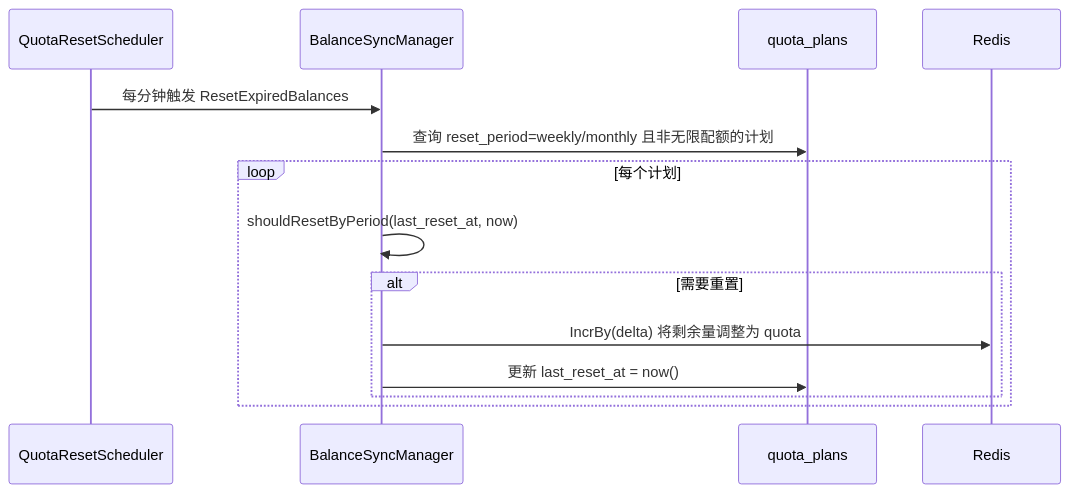
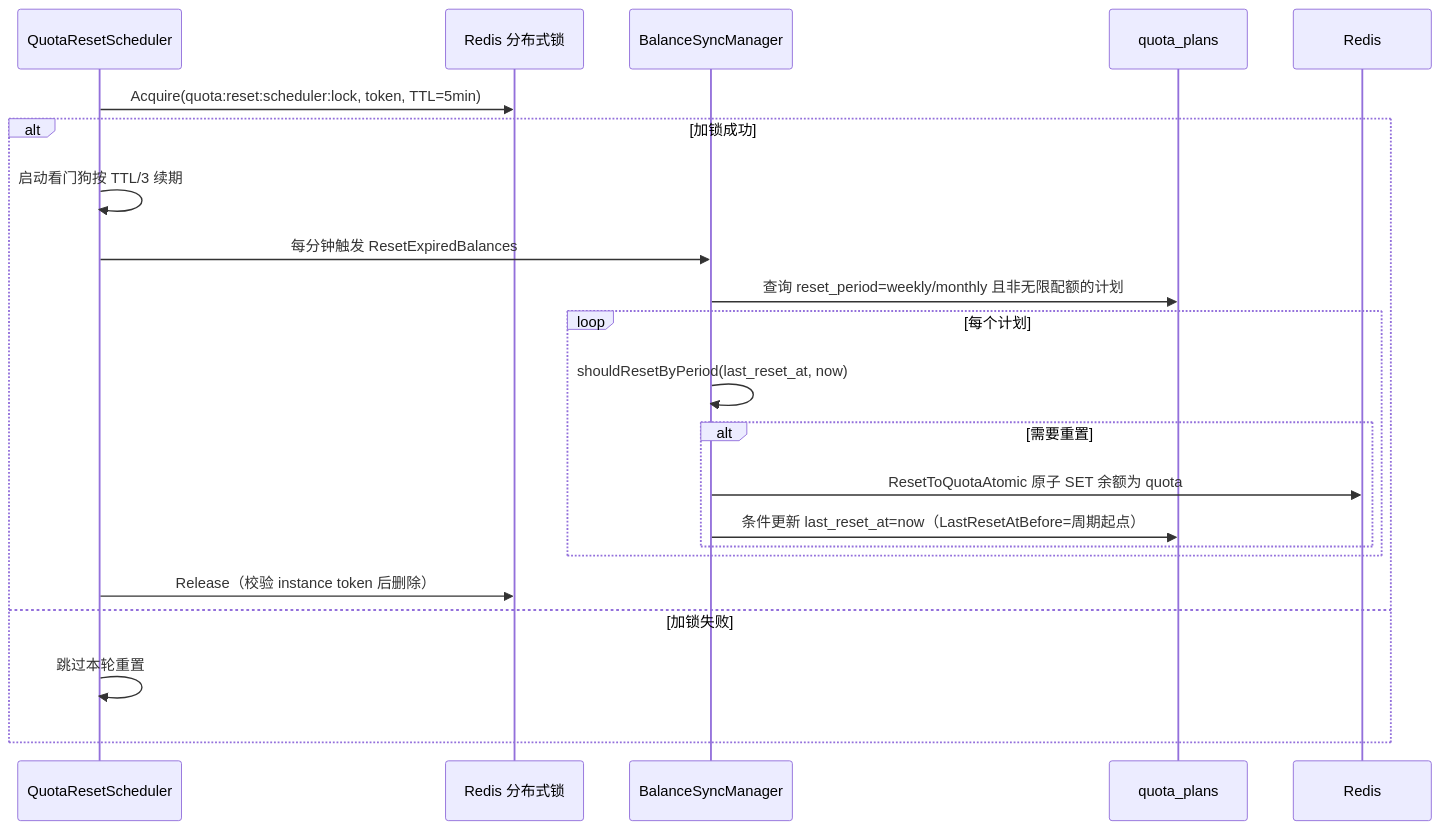
Before and after one commit to mileszhang2016/rainway-book: the second of 4 diagrams in design/chapter12-quota-and-rate-limit.md, drawn with Mermaid. The commit also changed other lines of this file and 47 other files, not shown here.

````diff
--- a/design/chapter12-quota-and-rate-limit.md
+++ b/design/chapter12-quota-and-rate-limit.md
@@ -159,17 +174,25 @@
 ```mermaid
 sequenceDiagram
     participant S as QuotaResetScheduler
+    participant L as Redis 分布式锁
     participant M as BalanceSyncManager
     participant DB as quota_plans
     participant R as Redis
 
-    S->>M: 每分钟触发 ResetExpiredBalances
-    M->>DB: 查询 reset_period=weekly/monthly 且非无限配额的计划
-    loop 每个计划
-        M->>M: shouldResetByPeriod(last_reset_at, now)
-        alt 需要重置
-            M->>R: IncrBy(delta) 将剩余量调整为 quota
-            M->>DB: 更新 last_reset_at = now()
+    S->>L: Acquire(quota:reset:scheduler:lock, token, TTL=5min)
+    alt 加锁成功
+        S->>S: 启动看门狗按 TTL/3 续期
+        S->>M: 每分钟触发 ResetExpiredBalances
+        M->>DB: 查询 reset_period=weekly/monthly 且非无限配额的计划
+        loop 每个计划
+            M->>M: shouldResetByPeriod(last_reset_at, now)
+            alt 需要重置
+                M->>R: ResetToQuotaAtomic 原子 SET 余额为 quota
+                M->>DB: 条件更新 last_reset_at=now（LastResetAtBefore=周期起点）
+            end
         end
+        S->>L: Release（校验 instance token 后删除）
+    else 加锁失败
+        S->>S: 跳过本轮重置
     end
 ```
````
